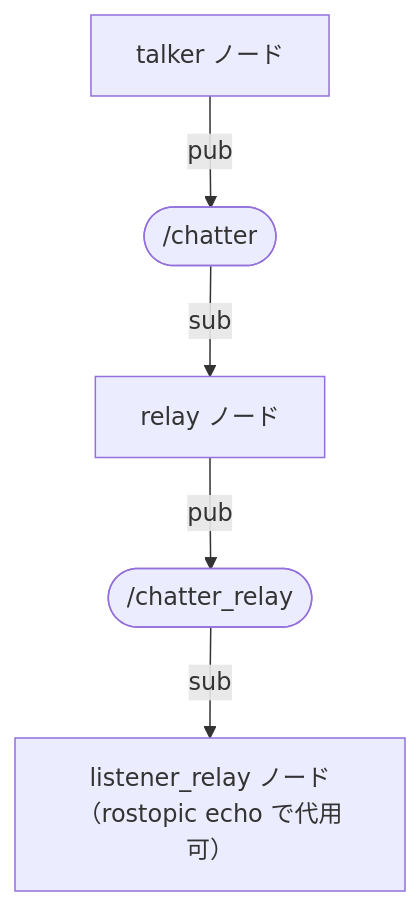
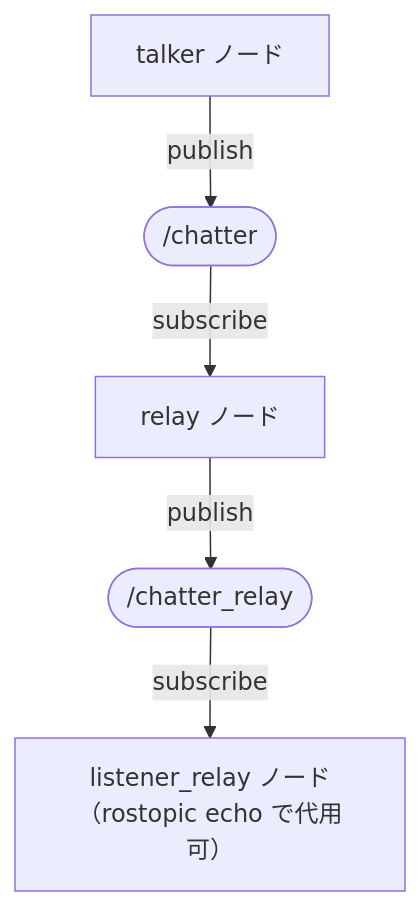
The fourth of 4 diagrams in docs/04_publisher_subscriber.md (Harlequinade1123/ros1-tutorials), drawn with Mermaid before and after one commit. The commit also changed other lines of this file, not shown here.

Commit message:
docs: reconstruct Mermaid diagrams in ch.4 for conceptual accuracy

````diff
--- a/docs/04_publisher_subscriber.md
+++ b/docs/04_publisher_subscriber.md
@@ -210,12 +210,12 @@
 ```mermaid
 graph TD
     talker["talker ノード"]
     ch(["/chatter"])
     relay["relay ノード"]
     ch_r(["/chatter_relay"])
     listener["listener_relay ノード<br/>（rostopic echo で代用可）"]
-    talker -->|"pub"| ch
-    ch -->|"sub"| relay
-    relay -->|"pub"| ch_r
-    ch_r -->|"sub"| listener
+    talker -->|"publish"| ch
+    ch -->|"subscribe"| relay
+    relay -->|"publish"| ch_r
+    ch_r -->|"subscribe"| listener
 ```
````
